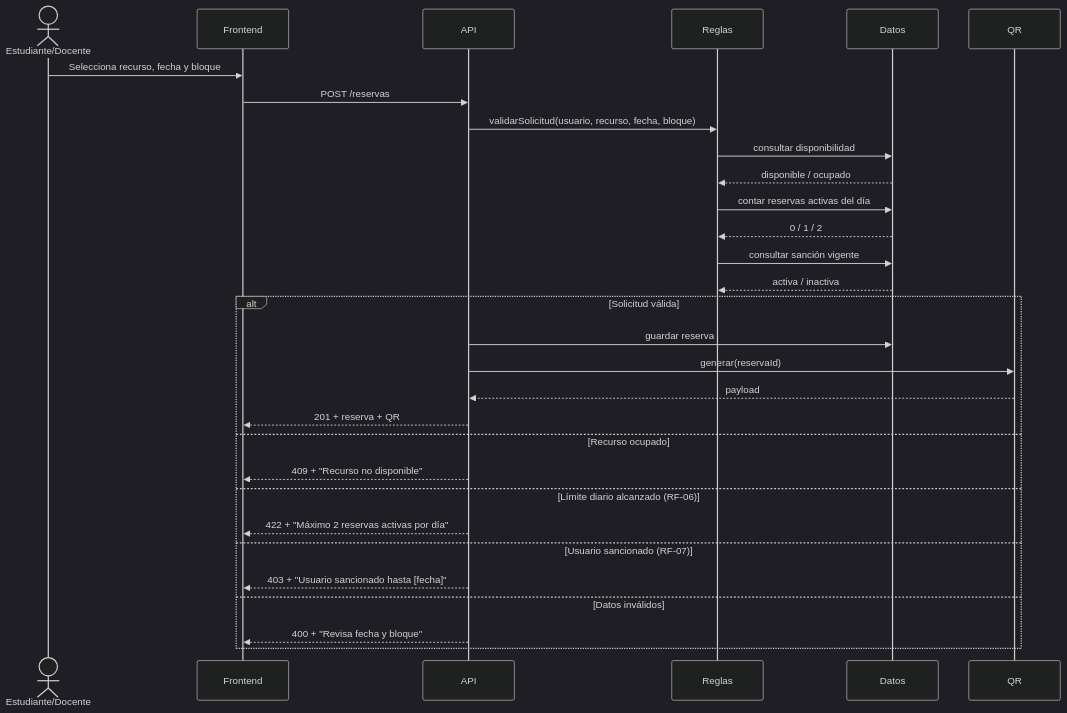
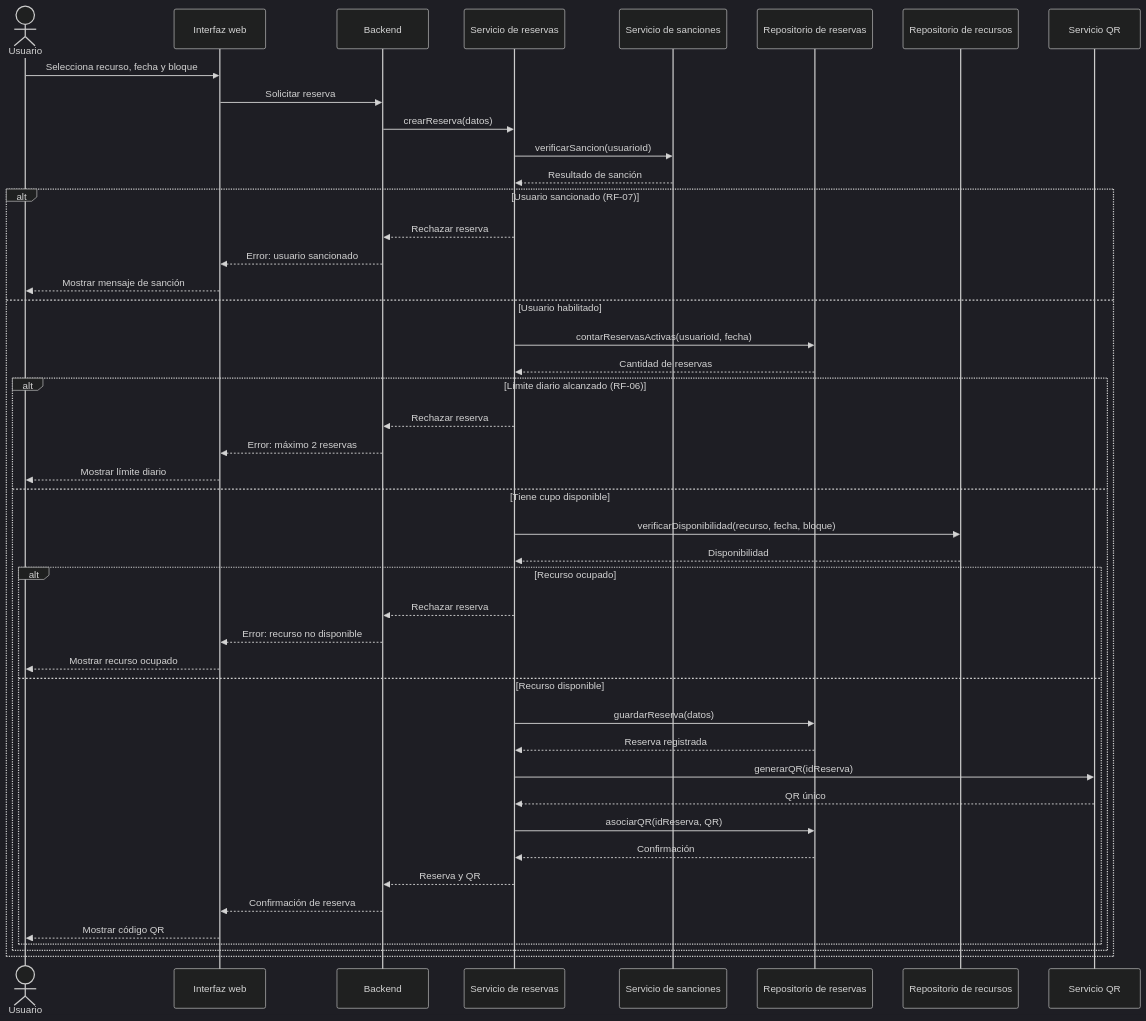
Before and after one commit to yordycg/biblioteca-viva: the diagram in docs/week-02/diagrams/secuencia-reserva.mmd, drawn with Mermaid (dark theme). The commit also changed 2 other files, not shown here.

Commit message:
fix(sem2): rebuild diagram sources from delivered exports (OBS-LOCAL-02)

```diff
--- a/docs/week-02/diagrams/secuencia-reserva.mmd
+++ b/docs/week-02/diagrams/secuencia-reserva.mmd
@@ -1,34 +1,54 @@
-%% BibliotecaViva - Secuencia de reserva con QR
+%% BibliotecaViva — Secuencia de reserva con QR
+%% Fuente de verdad del diagrama. Sintaxis Mermaid (GitHub).
+%% Transcrito el 2026-11-05 desde sem2-t2-diagrama-secuencia.png (entrega de SEM2-T2
+%% de Héctor Oviedo), para que la fuente y la exportación coincidan.
+%% Pendiente: el diseño entregado separa servicios y repositorios (microservicios),
+%% fuera del alcance declarado en AGENTS.md. Ver OBS-LOCAL-02 / HAL-05.
 
 sequenceDiagram
-  actor E as Estudiante/Docente
-  participant UI as Frontend
-  participant API as API
-  participant R as Reglas
-  participant DB as Datos
-  participant QR as QR
+  actor U as Usuario
+  participant UI as Interfaz web
+  participant BE as Backend
+  participant SR as Servicio de reservas
+  participant SS as Servicio de sanciones
+  participant RRes as Repositorio de reservas
+  participant RRec as Repositorio de recursos
+  participant QR as Servicio QR
 
-  E->>UI: Selecciona recurso, fecha y bloque
-  UI->>API: POST /reservas
-  API->>R: validarSolicitud(usuario, recurso, fecha, bloque)
-  R->>DB: consultar disponibilidad
-  DB-->>R: disponible / ocupado
-  R->>DB: contar reservas activas del día
-  DB-->>R: 0 / 1 / 2
-  R->>DB: consultar sanción vigente
-  DB-->>R: activa / inactiva
+  U->>UI: Selecciona recurso, fecha y bloque
+  UI->>BE: Solicitar reserva
+  BE->>SR: crearReserva(datos)
+  SR->>SS: verificarSancion(usuarioId)
+  SS-->>SR: Resultado de sanción
 
-  alt Solicitud válida
-    API->>DB: guardar reserva
-    API->>QR: generar(reservaId)
-    QR-->>API: payload
-    API-->>UI: 201 + reserva + QR
-  else Recurso ocupado
-    API-->>UI: 409 + "Recurso no disponible"
-  else Límite diario alcanzado (RF-06)
-    API-->>UI: 422 + "Máximo 2 reservas activas por día"
-  else Usuario sancionado (RF-07)
-    API-->>UI: 403 + "Usuario sancionado hasta [fecha]"
-  else Datos inválidos
-    API-->>UI: 400 + "Revisa fecha y bloque"
+  alt Usuario sancionado (RF-07)
+    SR-->>BE: Rechazar reserva
+    BE-->>UI: Error: usuario sancionado
+    UI-->>U: Mostrar mensaje de sanción
+  else Usuario habilitado
+    SR->>RRes: contarReservasActivas(usuarioId, fecha)
+    RRes-->>SR: Cantidad de reservas
+    alt Límite diario alcanzado (RF-06)
+      SR-->>BE: Rechazar reserva
+      BE-->>UI: Error: máximo 2 reservas
+      UI-->>U: Mostrar límite diario
+    else Tiene cupo disponible
+      SR->>RRec: verificarDisponibilidad(recurso, fecha, bloque)
+      RRec-->>SR: Disponibilidad
+      alt Recurso ocupado
+        SR-->>BE: Rechazar reserva
+        BE-->>UI: Error: recurso no disponible
+        UI-->>U: Mostrar recurso ocupado
+      else Recurso disponible
+        SR->>RRes: guardarReserva(datos)
+        RRes-->>SR: Reserva registrada
+        SR->>QR: generarQR(idReserva)
+        QR-->>SR: QR único
+        SR->>RRes: asociarQR(idReserva, QR)
+        RRes-->>SR: Confirmación
+        SR-->>BE: Reserva y QR
+        BE-->>UI: Confirmación de reserva
+        UI-->>U: Mostrar código QR
+      end
+    end
   end
```
